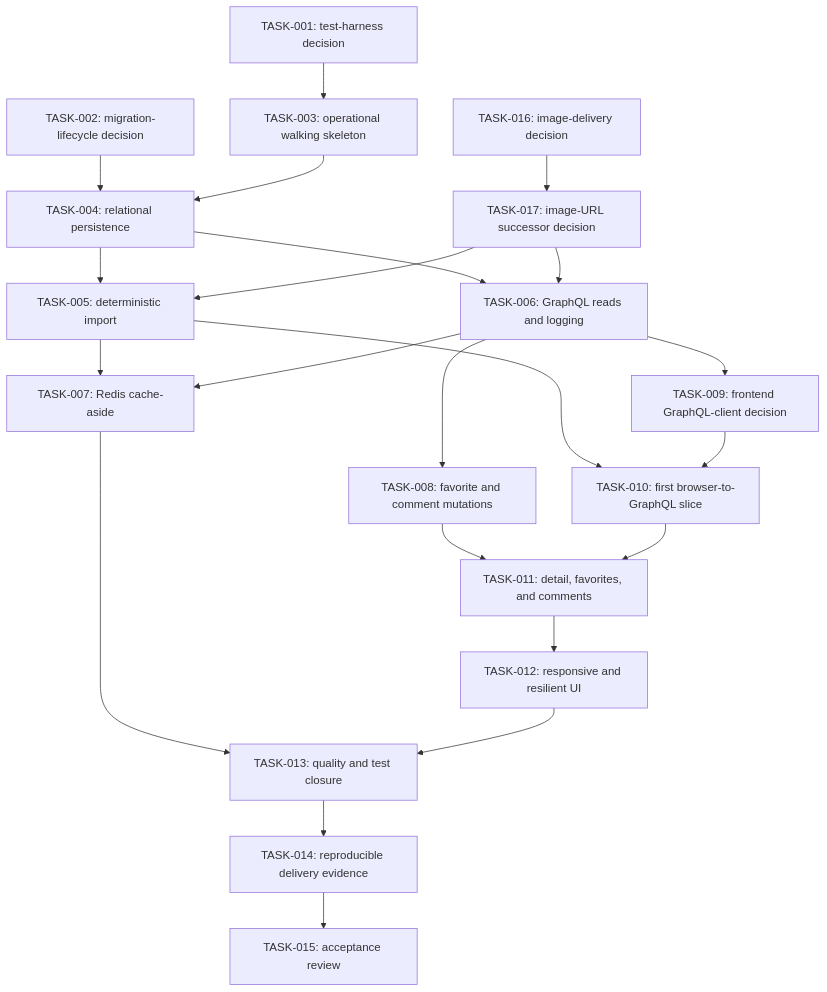
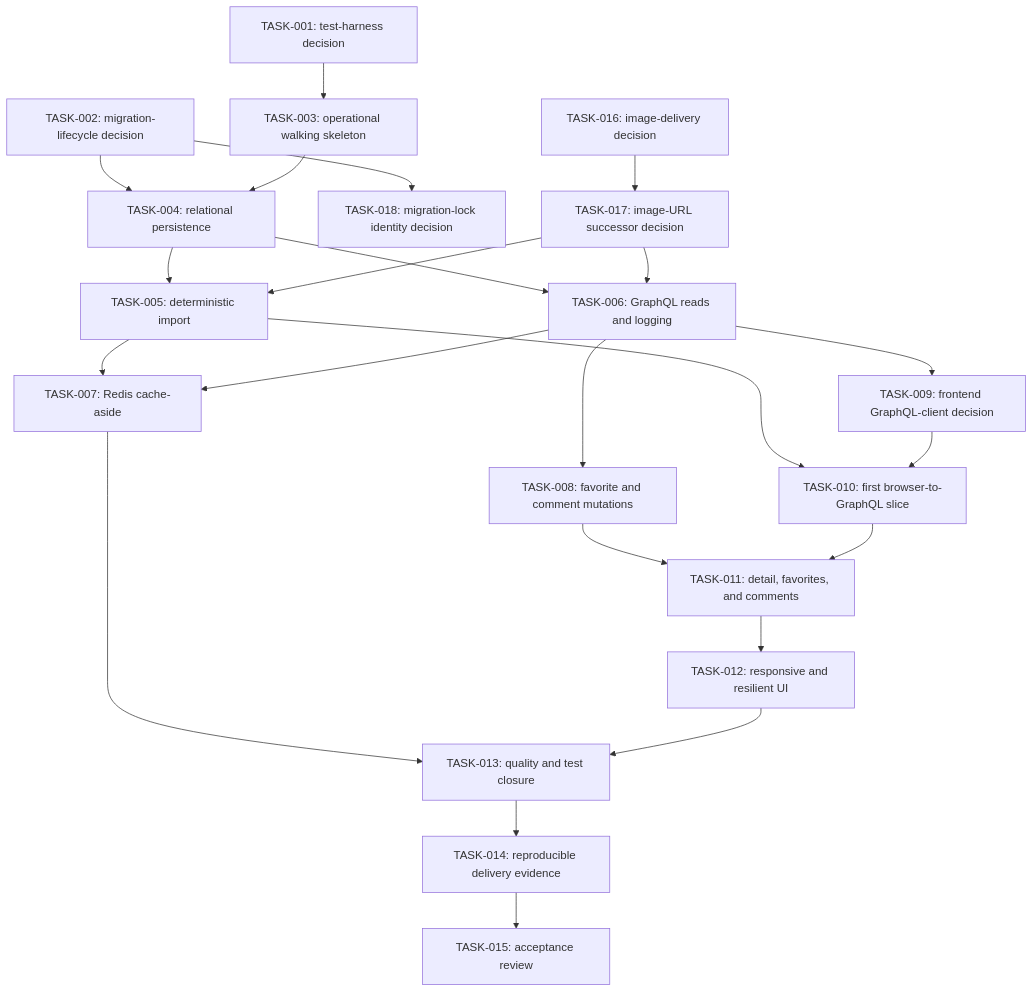
One commit to mmjosedaniel/rick-and-morty-explorer changed the diagram in docs/IMPLEMENTATION_PLAN.md. Above: the diagram before and after it, drawn with Mermaid. The commit also changed other lines of this file and 12 other files, not shown here.

Commit message:
docs: resolve TASK-004 migration lock identity

````diff
--- a/docs/IMPLEMENTATION_PLAN.md
+++ b/docs/IMPLEMENTATION_PLAN.md
@@ -155,42 +155,44 @@
 ```mermaid
 flowchart TD
     T001["TASK-001: test-harness decision"]
     T002["TASK-002: migration-lifecycle decision"]
     T016["TASK-016: image-delivery decision"]
     T017["TASK-017: image-URL successor decision"]
+    T018["TASK-018: migration-lock identity decision"]
     T003["TASK-003: operational walking skeleton"]
     T004["TASK-004: relational persistence"]
     T005["TASK-005: deterministic import"]
     T006["TASK-006: GraphQL reads and logging"]
     T007["TASK-007: Redis cache-aside"]
     T008["TASK-008: favorite and comment mutations"]
     T009["TASK-009: frontend GraphQL-client decision"]
     T010["TASK-010: first browser-to-GraphQL slice"]
     T011["TASK-011: detail, favorites, and comments"]
     T012["TASK-012: responsive and resilient UI"]
     T013["TASK-013: quality and test closure"]
     T014["TASK-014: reproducible delivery evidence"]
     T015["TASK-015: acceptance review"]
 
     T001 --> T003
+    T002 --> T018
     T002 --> T004
     T003 --> T004
     T004 --> T005
     T004 --> T006
     T016 --> T017
     T017 --> T005
     T017 --> T006
     T005 --> T007
     T006 --> T007
     T006 --> T008
     T006 --> T009
     T005 --> T010
     T009 --> T010
     T008 --> T011
     T010 --> T011
     T011 --> T012
     T007 --> T013
     T012 --> T013
     T013 --> T014
     T014 --> T015
 ```
````
